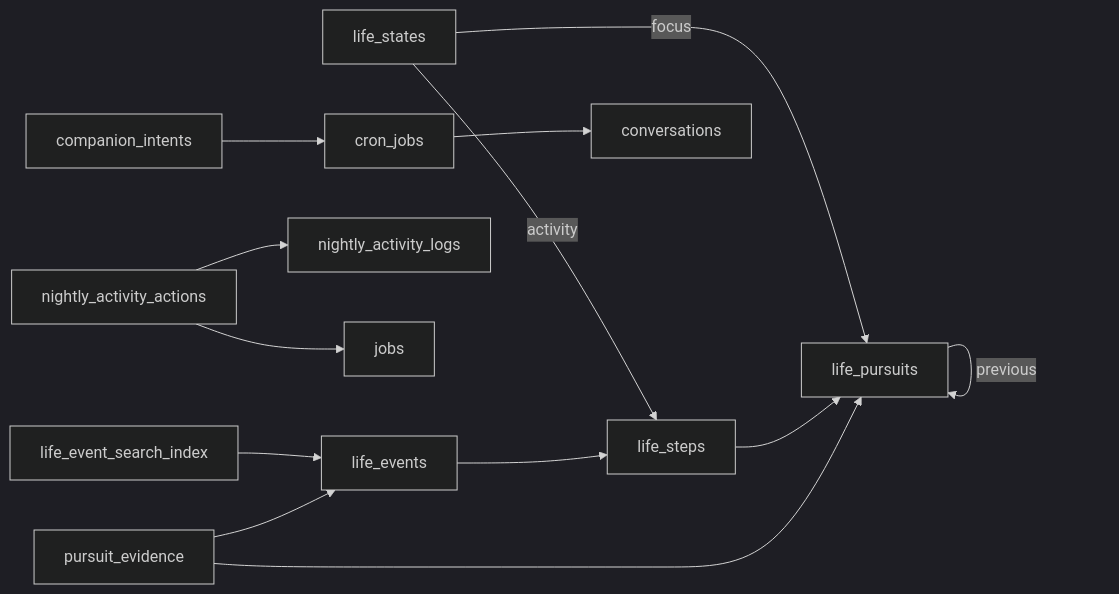
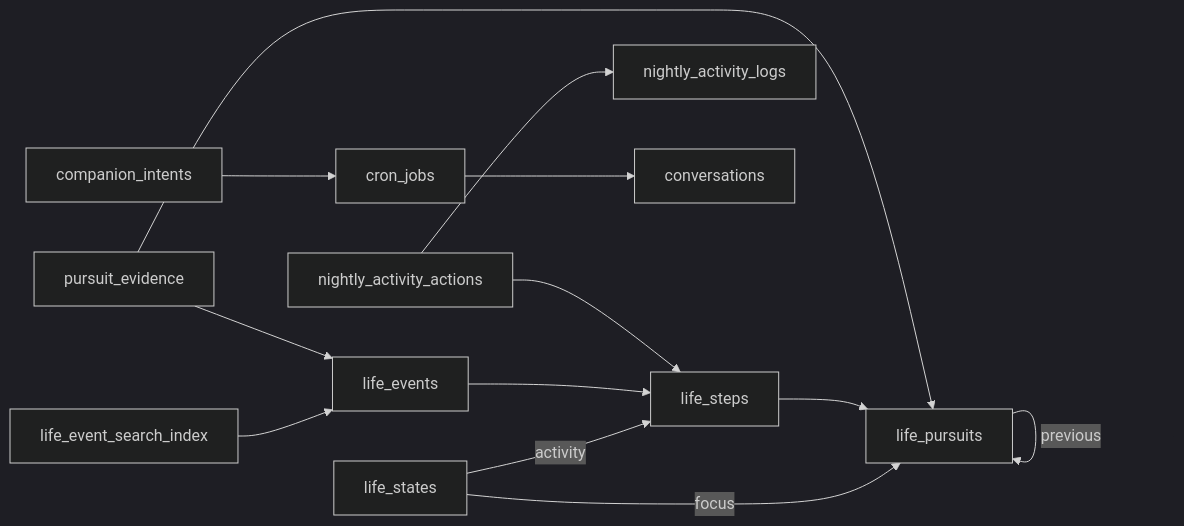
One commit to yangjinming1062/SpiritAgent changed the seventh of 8 diagrams in docs/DATABASE.md. Above: the diagram before and after it, drawn with Mermaid (dark theme). The commit also changed 19 other files, not shown here.

````diff
--- a/docs/DATABASE.md
+++ b/docs/DATABASE.md
@@ -135,15 +135,15 @@
 ```mermaid
 flowchart LR
     life_states -->|focus| life_pursuits
     life_states -->|activity| life_steps
     life_pursuits -->|previous| life_pursuits
     life_steps --> life_pursuits
     life_event_search_index --> life_events
     life_events --> life_steps
     pursuit_evidence --> life_pursuits
     pursuit_evidence --> life_events
     nightly_activity_actions --> nightly_activity_logs
-    nightly_activity_actions --> jobs
+    nightly_activity_actions --> life_steps
     cron_jobs --> conversations
     companion_intents --> cron_jobs
 ```
````
